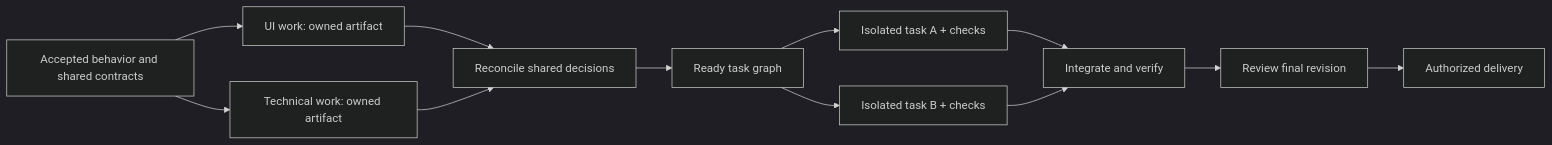
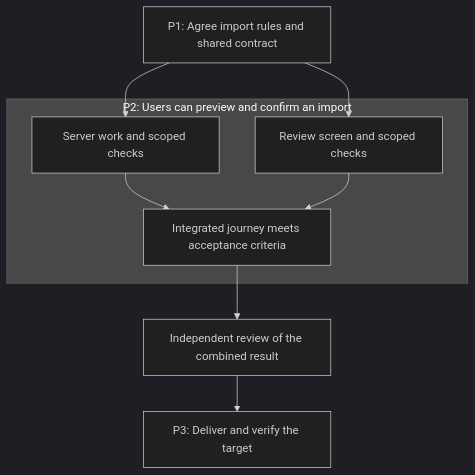
The diagram in docs/workflows.md (bobalazek/skills), drawn with Mermaid (dark theme) before and after one commit. The commit also changed other lines of this file and 118 other files, not shown here.

````diff
--- a/docs/workflows.md
+++ b/docs/workflows.md
@@ -90,14 +69,11 @@
 ```mermaid
-flowchart LR
-  Scope["Accepted behavior and shared contracts"] --> UI["UI work: owned artifact"]
-  Scope --> Tech["Technical work: owned artifact"]
-  UI --> Join["Reconcile shared decisions"]
-  Tech --> Join
-  Join --> Tasks["Ready task graph"]
-  Tasks --> A["Isolated task A + checks"]
-  Tasks --> B["Isolated task B + checks"]
-  A --> Integrate["Integrate and verify"]
-  B --> Integrate
-  Integrate --> Review["Review final revision"]
-  Review --> Deliver["Authorized delivery"]
+flowchart TD
+  P1["P1: Agree import rules and shared contract"] --> API
+  P1 --> UI
+  subgraph P2["P2: Users can preview and confirm an import"]
+    API["Server work and scoped checks"] --> Join["Integrated journey meets acceptance criteria"]
+    UI["Review screen and scoped checks"] --> Join
+  end
+  Join --> Review["Independent review of the combined result"]
+  Review --> P3["P3: Deliver and verify the target"]
 ```
````
